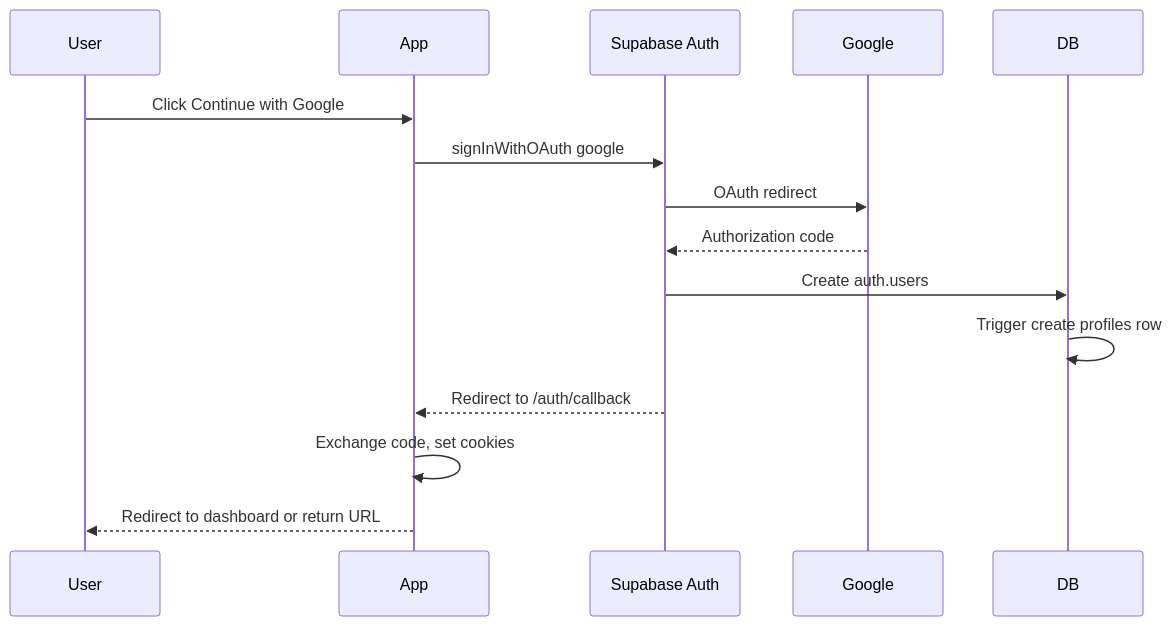
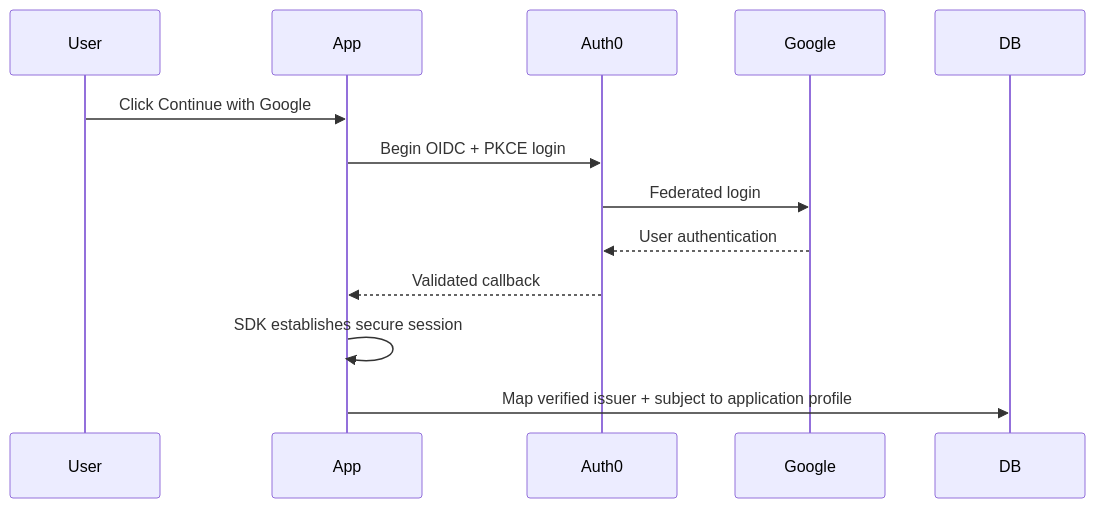
Before and after one commit to TheOneWith-3j/sports-community-app: the fourth of 6 diagrams in docs/04_SYSTEM_ARCHITECTURE.md, drawn with Mermaid. The commit also changed other lines of this file and 38 other files, not shown here.

First line of the commit message:
feat: migrate M3 authentication to Auth0

````diff
--- a/docs/04_SYSTEM_ARCHITECTURE.md
+++ b/docs/04_SYSTEM_ARCHITECTURE.md
@@ -246,18 +247,16 @@
 ```mermaid
 sequenceDiagram
   participant User
   participant App
-  participant SupabaseAuth as Supabase Auth
+  participant Auth0
   participant Google
   participant DB
 
   User->>App: Click Continue with Google
-  App->>SupabaseAuth: signInWithOAuth google
-  SupabaseAuth->>Google: OAuth redirect
-  Google-->>SupabaseAuth: Authorization code
-  SupabaseAuth->>DB: Create auth.users
-  DB->>DB: Trigger create profiles row
-  SupabaseAuth-->>App: Redirect to /auth/callback
-  App->>App: Exchange code, set cookies
-  App-->>User: Redirect to dashboard or return URL
+  App->>Auth0: Begin OIDC + PKCE login
+  Auth0->>Google: Federated login
+  Google-->>Auth0: User authentication
+  Auth0-->>App: Validated callback
+  App->>App: SDK establishes secure session
+  App->>DB: Map verified issuer + subject to application profile
 ```
````
